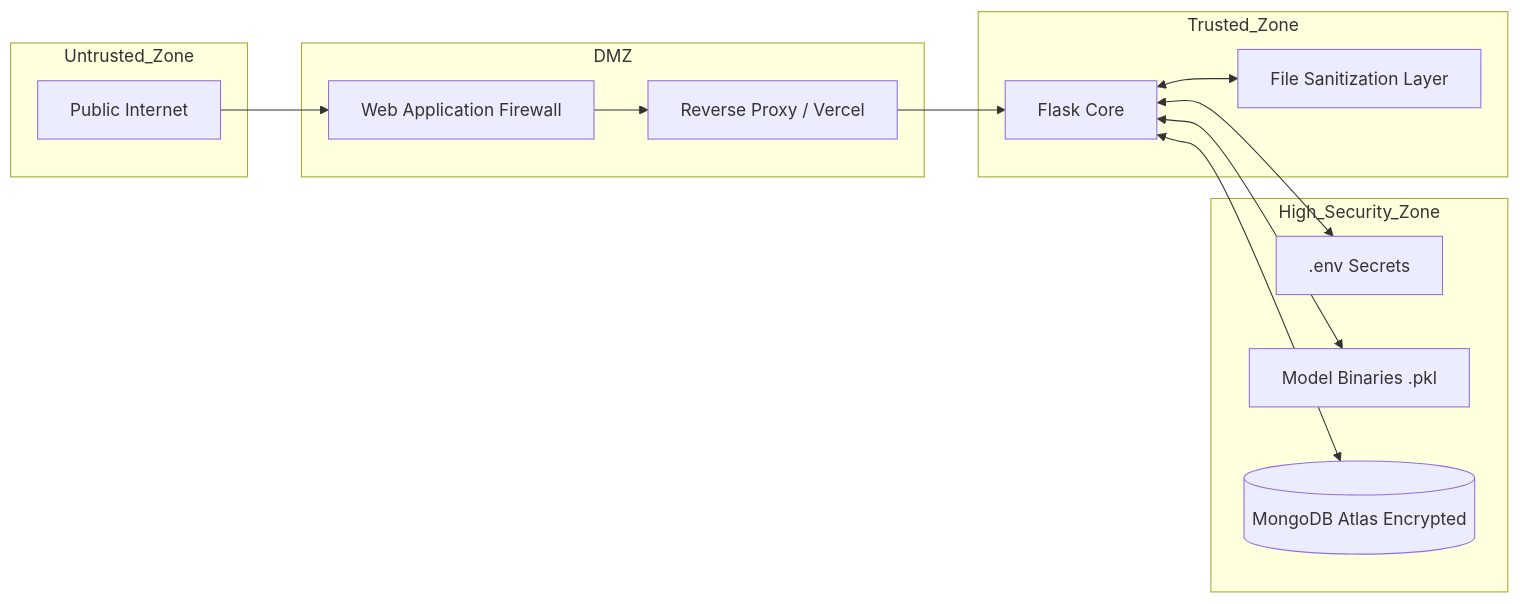
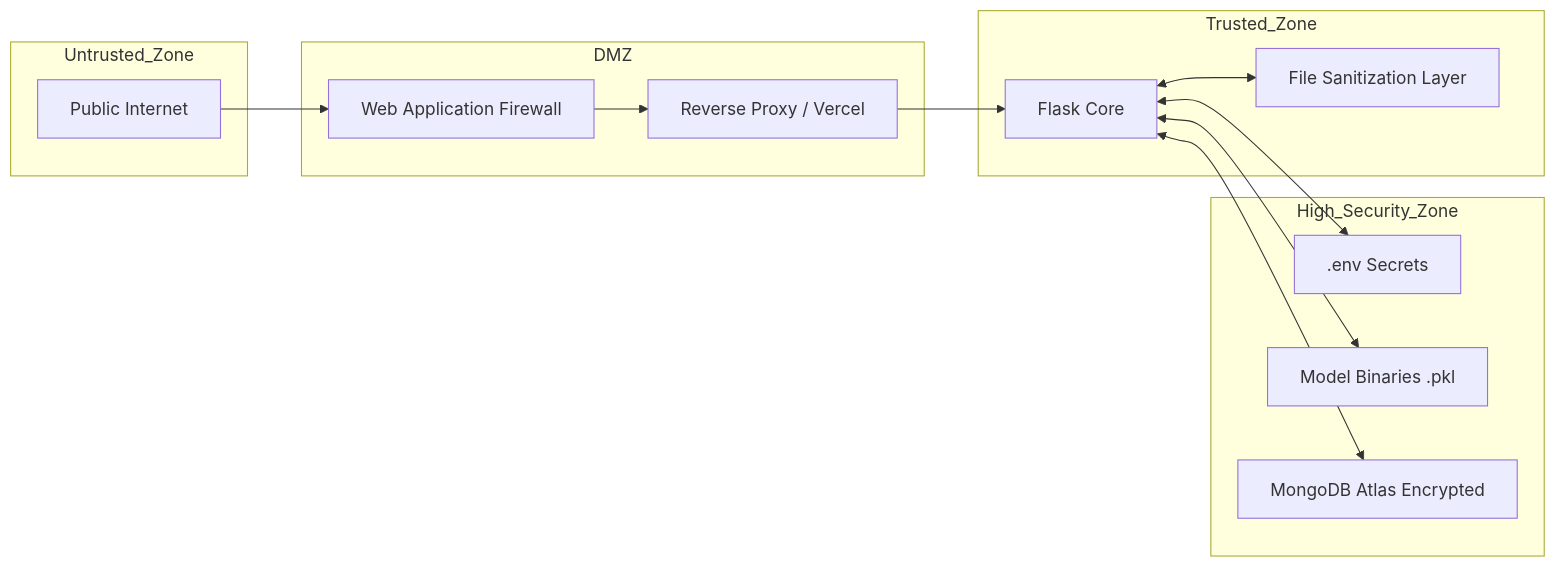
One commit to BlueHeart-Saga/machine-learning changed the second of 19 diagrams in README.md. Above: the diagram before and after it, drawn with Mermaid. The commit also changed other lines of this file, not shown here.

Commit message:
Documentation: Fixed Mermaid syntax and added comprehensive user-friendly explanations to all diagrams

````diff
--- a/README.md
+++ b/README.md
@@ -39,28 +40,28 @@
 ```mermaid
 flowchart LR
     subgraph Untrusted_Zone
         Internet[Public Internet]
     end
     
     subgraph DMZ
         Firewall[Web Application Firewall]
         LoadBalancer[Reverse Proxy / Vercel]
     end
     
     subgraph Trusted_Zone
         App[Flask Core]
         Sanitizer[File Sanitization Layer]
     end
     
     subgraph High_Security_Zone
-        Vault[.env Secrets]
-        AI[Model Binaries .pkl]
-        Atlas[(MongoDB Atlas Encrypted)]
+        Vault[".env Secrets"]
+        AI["Model Binaries .pkl"]
+        Atlas["MongoDB Atlas Encrypted"]
     end
 
     Internet --> Firewall --> LoadBalancer --> App
     App <--> Sanitizer
     App <--> Vault
     App <--> AI
     App <--> Atlas
 ```
````
